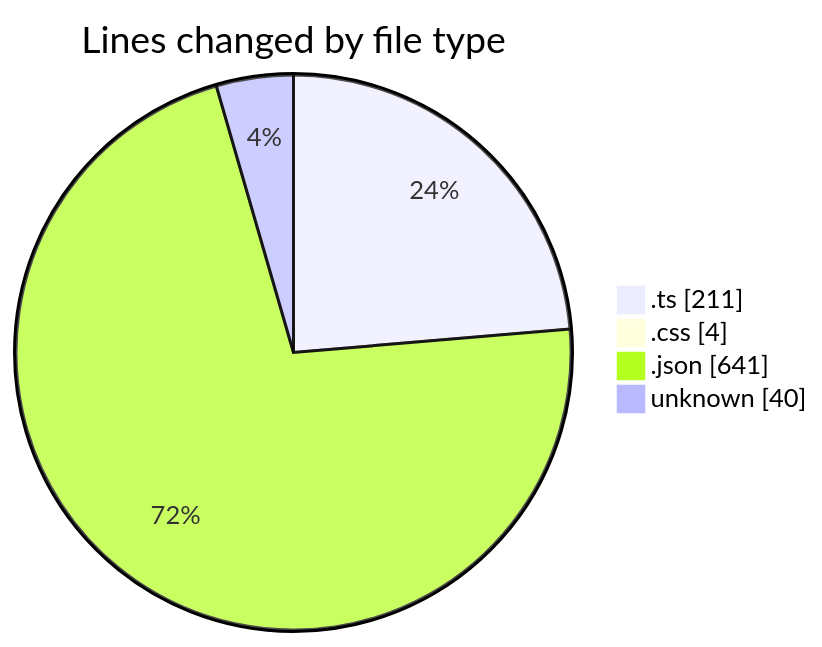
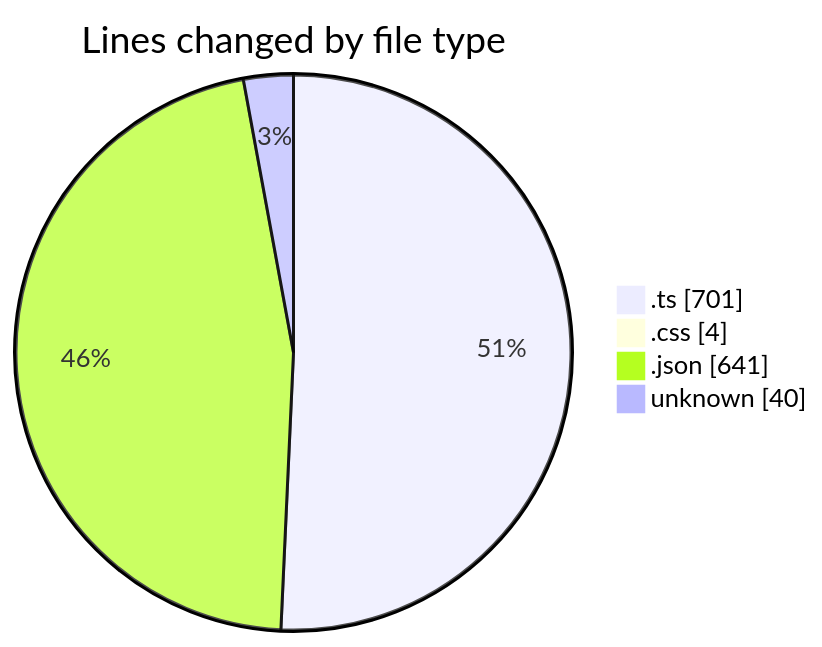
One commit to EIIisD/code-tracking changed the first of 2 diagrams in 2025-07-13/tampermonkey/README.md. Above: the diagram before and after it, drawn with Mermaid. The commit also changed other lines of this file and 1 other file, not shown here.

````diff
--- a/2025-07-13/tampermonkey/README.md
+++ b/2025-07-13/tampermonkey/README.md
@@ -31,8 +32,8 @@
 ```mermaid
 pie showData
 title Lines changed by file type
-".ts" : 211
+".ts" : 701
 ".css" : 4
 ".json" : 641
 "unknown" : 40
 ```
````
